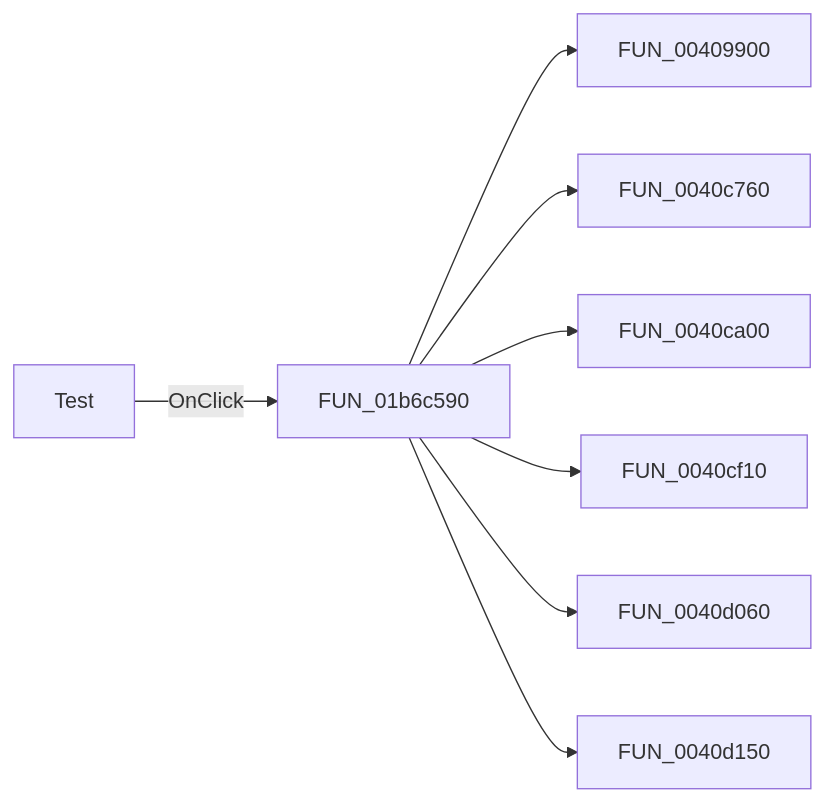
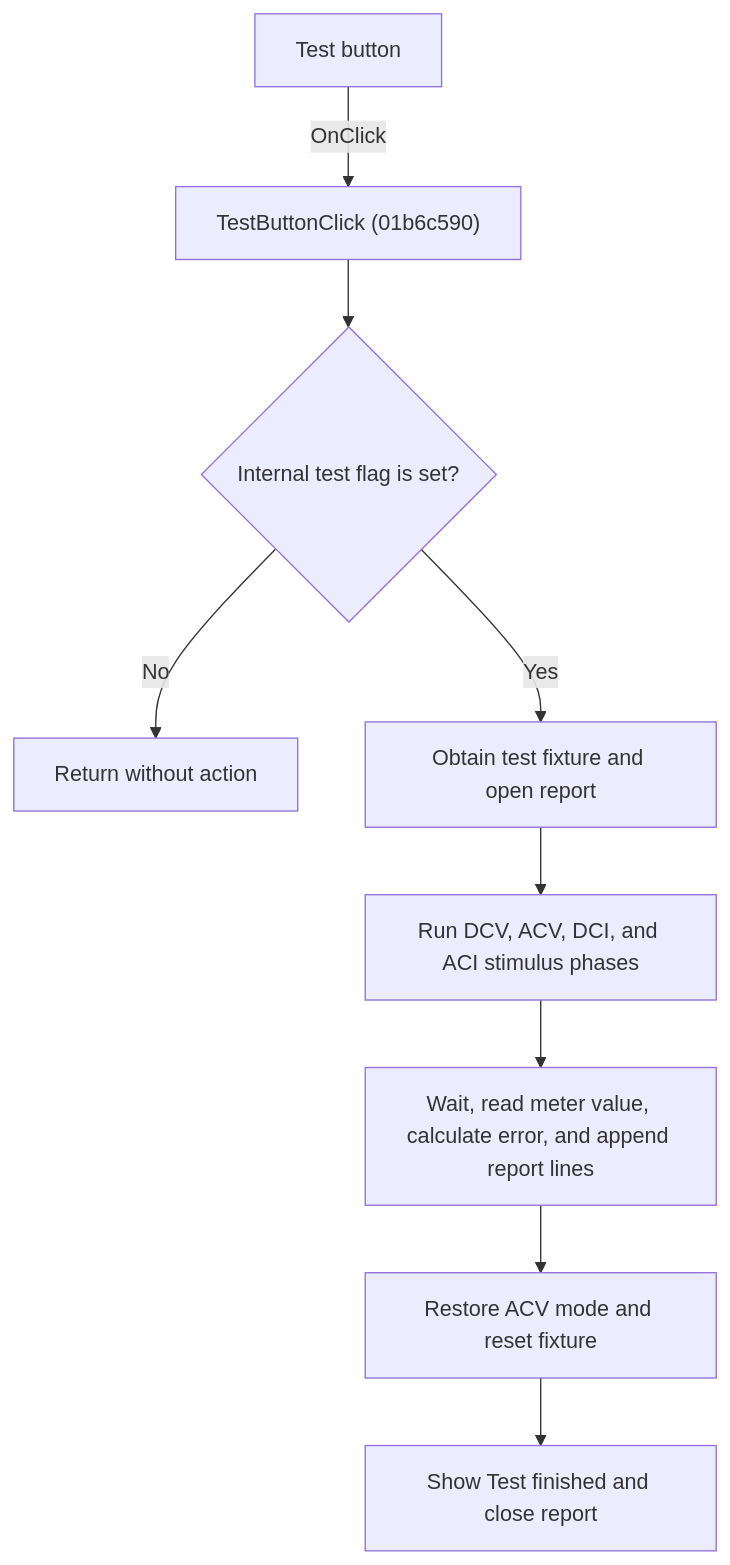
Before and after one commit to MovGP0/TIARA: the diagram in docs/ui-controls/voltmeterwin/testbutton-3110890328.md, drawn with Mermaid. The commit also changed other lines of this file and 1062 other files, not shown here.

````diff
--- a/docs/ui-controls/voltmeterwin/testbutton-3110890328.md
+++ b/docs/ui-controls/voltmeterwin/testbutton-3110890328.md
@@ -27,10 +27,11 @@
 ```mermaid
-flowchart LR
-    control["Test"] -->|OnClick| handler["FUN_01b6c590"]
-    handler --> call1["FUN_00409900"]
-    handler --> call2["FUN_0040c760"]
-    handler --> call3["FUN_0040ca00"]
-    handler --> call4["FUN_0040cf10"]
-    handler --> call5["FUN_0040d060"]
-    handler --> call6["FUN_0040d150"]
+flowchart TD
+    control["Test button"] -->|"OnClick"| handler["TestButtonClick (01b6c590)"]
+    handler --> enabled{"Internal test flag is set?"}
+    enabled -->|"No"| noAction["Return without action"]
+    enabled -->|"Yes"| setup["Obtain test fixture and open report"]
+    setup --> phases["Run DCV, ACV, DCI, and ACI stimulus phases"]
+    phases --> sample["Wait, read meter value, calculate error, and append report lines"]
+    sample --> restore["Restore ACV mode and reset fixture"]
+    restore --> finish["Show Test finished and close report"]
 ```
````
